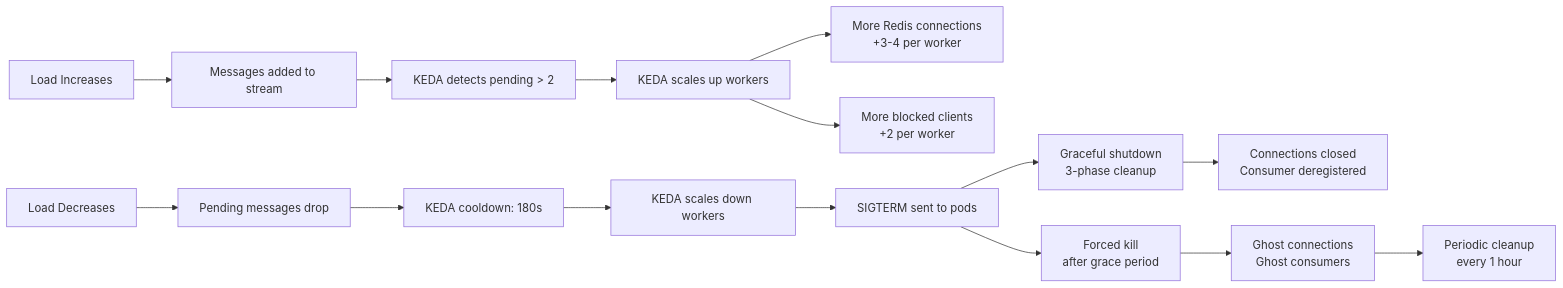
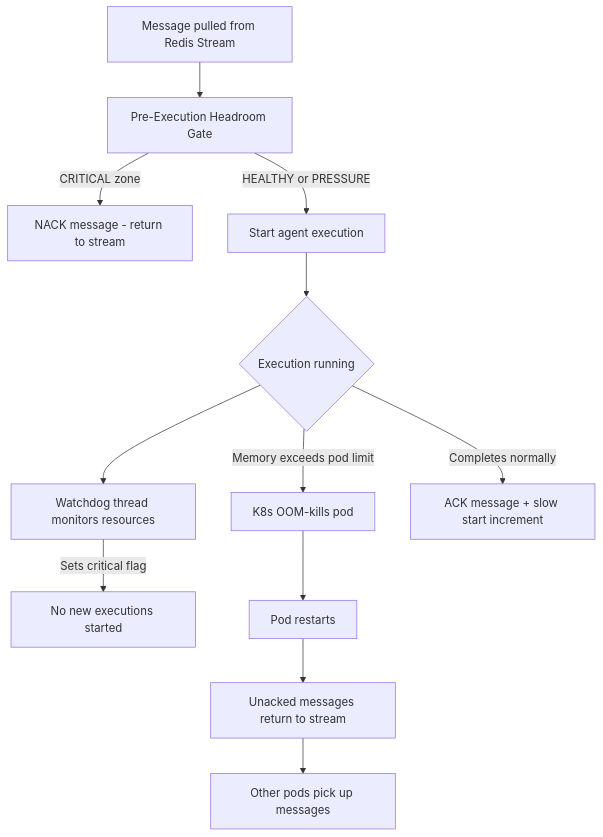
Before and after one commit to lkiitkgp/new-repo: the fifth of 11 diagrams in README.md, drawn with Mermaid. The commit also changed other lines of this file, not shown here.

````diff
--- a/README.md
+++ b/README.md
@@ -673,19 +275,14 @@
 ```mermaid
-graph LR
-    A[Load Increases] --> B[Messages added to stream]
-    B --> C[KEDA detects pending > 2]
-    C --> D[KEDA scales up workers]
-    D --> E[More Redis connections<br/>+3-4 per worker]
-    D --> F[More blocked clients<br/>+2 per worker]
-
-    G[Load Decreases] --> H[Pending messages drop]
-    H --> I[KEDA cooldown: 180s]
-    I --> J[KEDA scales down workers]
-    J --> K[SIGTERM sent to pods]
-    K --> L[Graceful shutdown<br/>3-phase cleanup]
-    L --> M[Connections closed<br/>Consumer deregistered]
-
-    K --> N[Forced kill<br/>after grace period]
-    N --> O[Ghost connections<br/>Ghost consumers]
-    O --> P[Periodic cleanup<br/>every 1 hour]
+flowchart TD
+    A[Message pulled from Redis Stream] --> B[Pre-Execution Headroom Gate]
+    B -->|CRITICAL zone| C[NACK message - return to stream]
+    B -->|HEALTHY or PRESSURE| D[Start agent execution]
+    D --> E{Execution running}
+    E --> F[Watchdog thread monitors resources]
+    F -->|Sets critical flag| G[No new executions started]
+    E -->|Memory exceeds pod limit| H[K8s OOM-kills pod]
+    H --> I[Pod restarts]
+    I --> J[Unacked messages return to stream]
+    J --> K[Other pods pick up messages]
+    E -->|Completes normally| L[ACK message + slow start increment]
 ```
````
